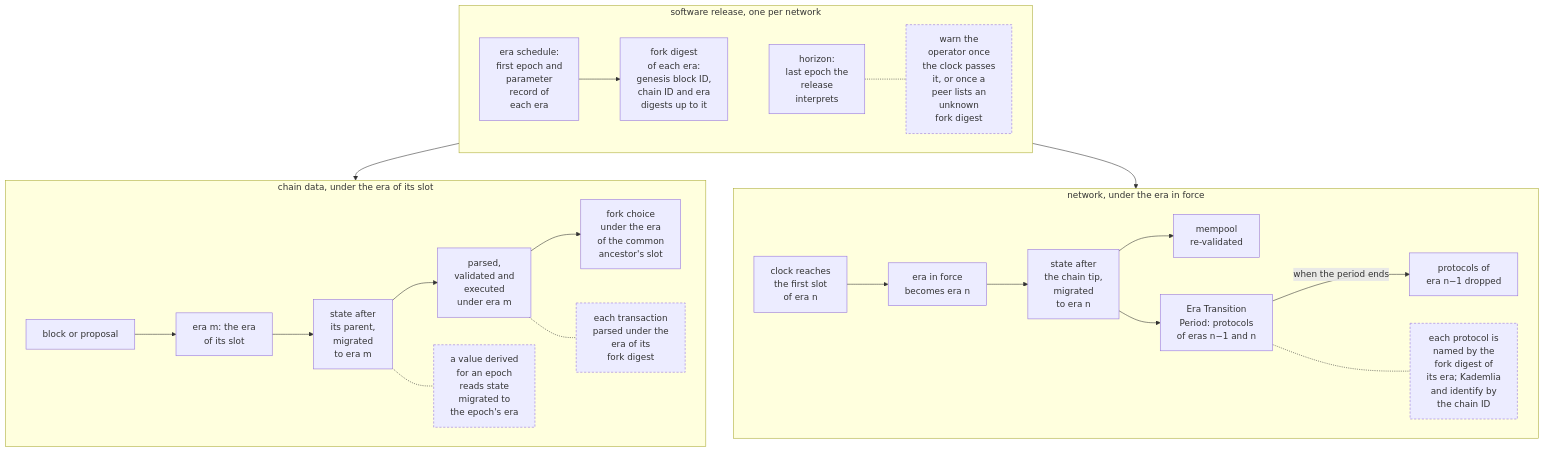
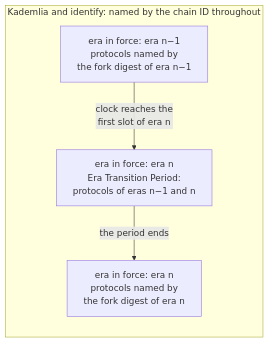
Before and after one commit to logos-co/logos-lips: the eighth of 8 diagrams in docs/blockchain/raw/bedrock-eras.md, drawn with Mermaid. The commit also changed other lines of this file, not shown here.

Commit message:
docs(blockchain): split the era Protocol diagram into one small diagram per paragraph

````diff
--- a/docs/blockchain/raw/bedrock-eras.md
+++ b/docs/blockchain/raw/bedrock-eras.md
@@ -146,29 +201,12 @@
 ```mermaid
-flowchart TB
-    subgraph rel["software release, one per network"]
-        direction LR
-        sch["era schedule:<br/>first epoch and<br/>parameter<br/>record of<br/>each era"] --> fdg["fork digest<br/>of each era:<br/>genesis block ID,<br/>chain ID and era<br/>digests up to it"]
-        fdg ~~~ hor["horizon:<br/>last epoch the<br/>release<br/>interprets"]
-        hor -.- hw["warn the<br/>operator once<br/>the clock passes<br/>it, or once a<br/>peer lists an<br/>unknown<br/>fork digest"]
+---
+config:
+  flowchart:
+    wrappingWidth: 260
+---
+flowchart LR
+    subgraph id["Kademlia and identify: named by the chain ID throughout"]
+        a["era in force: era n−1<br/>protocols named by<br/>the fork digest of era n−1"] -- "clock reaches the<br/>first slot of era n" --> b["era in force: era n<br/>Era Transition Period:<br/>protocols of eras n−1 and n"]
+        b -- "the period ends" --> c["era in force: era n<br/>protocols named by<br/>the fork digest of era n"]
     end
-    subgraph chain["chain data, under the era of its slot"]
-        b1["block or proposal"] --> b2["era m: the era<br/>of its slot"]
-        b2 --> b3["state after<br/>its parent,<br/>migrated<br/>to era m"]
-        b3 --> b4["parsed,<br/>validated and<br/>executed<br/>under era m"]
-        b4 --> b5["fork choice<br/>under the era<br/>of the common<br/>ancestor's slot"]
-        b3 -.- ev["a value derived<br/>for an epoch<br/>reads state<br/>migrated to<br/>the epoch's era"]
-        b4 -.- tx["each transaction<br/>parsed under the<br/>era of its<br/>fork digest"]
-    end
-    subgraph net["network, under the era in force"]
-        n1["clock reaches<br/>the first slot<br/>of era n"] --> n2["era in force<br/>becomes era n"]
-        n2 --> n3["state after<br/>the chain tip,<br/>migrated<br/>to era n"]
-        n3 --> n3b["mempool<br/>re-validated"]
-        n3 --> n4["Era Transition<br/>Period: protocols<br/>of eras n−1 and n"]
-        n4 -- "when the period ends" --> n5["protocols of<br/>era n−1 dropped"]
-        n4 -.- id["each protocol is<br/>named by the<br/>fork digest of<br/>its era; Kademlia<br/>and identify by<br/>the chain ID"]
-    end
-    rel --> chain
-    rel --> net
-    classDef note stroke-dasharray: 4 3
-    class hw,ev,tx,id note
 ```
````
